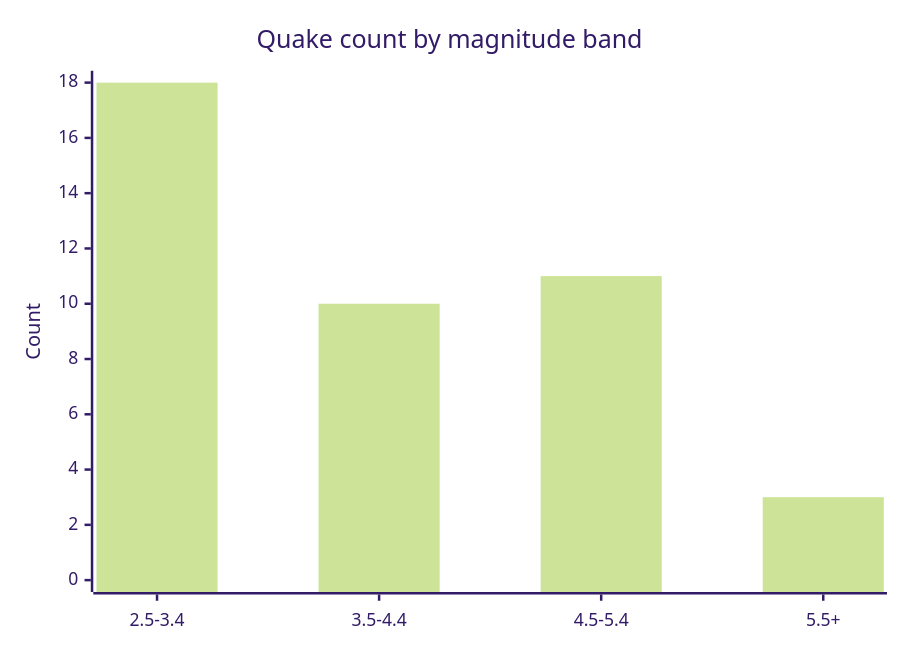
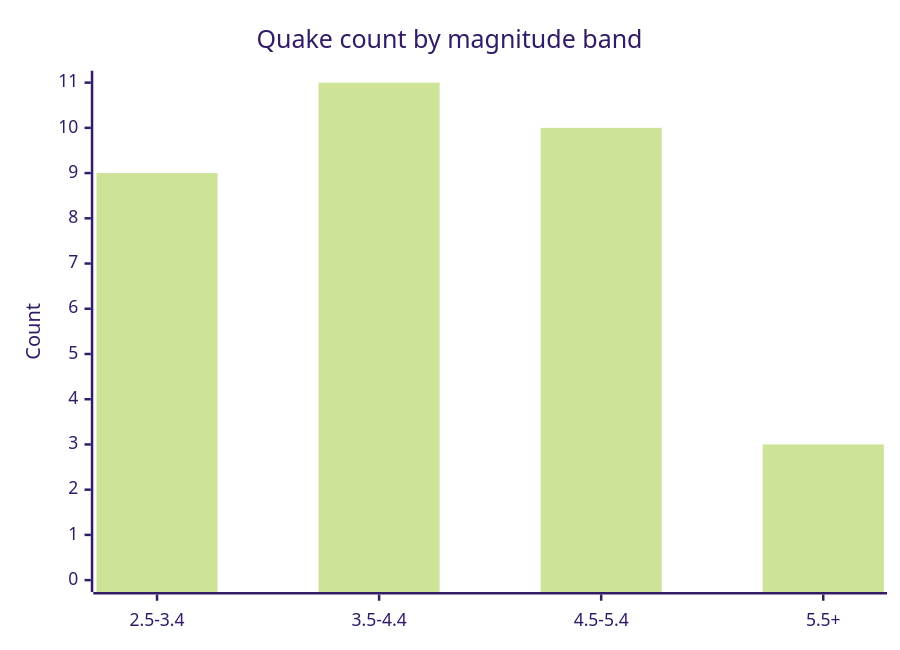
One commit to Midwest-Stratospheric/aerostratospheric-defense-gir changed the fifth of 6 diagrams in docs/GRAPHS.md. Above: the diagram before and after it, drawn with Mermaid (forest theme). The commit also changed other lines of this file and 23 other files, not shown here.

````diff
--- a/docs/GRAPHS.md
+++ b/docs/GRAPHS.md
@@ -82,7 +82,7 @@
 ```mermaid
 xychart-beta
   title "Quake count by magnitude band"
   x-axis ["2.5-3.4", "3.5-4.4", "4.5-5.4", "5.5+"]
-  y-axis "Count" 0 --> 18
-  bar [18, 10, 11, 3]
+  y-axis "Count" 0 --> 11
+  bar [9, 11, 10, 3]
 ```
````
